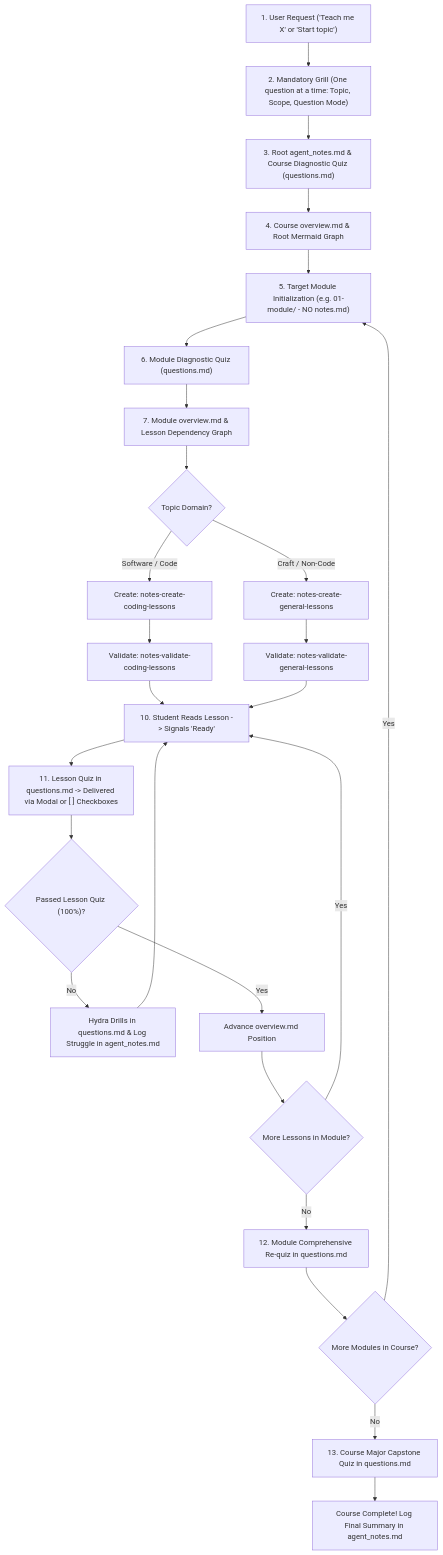
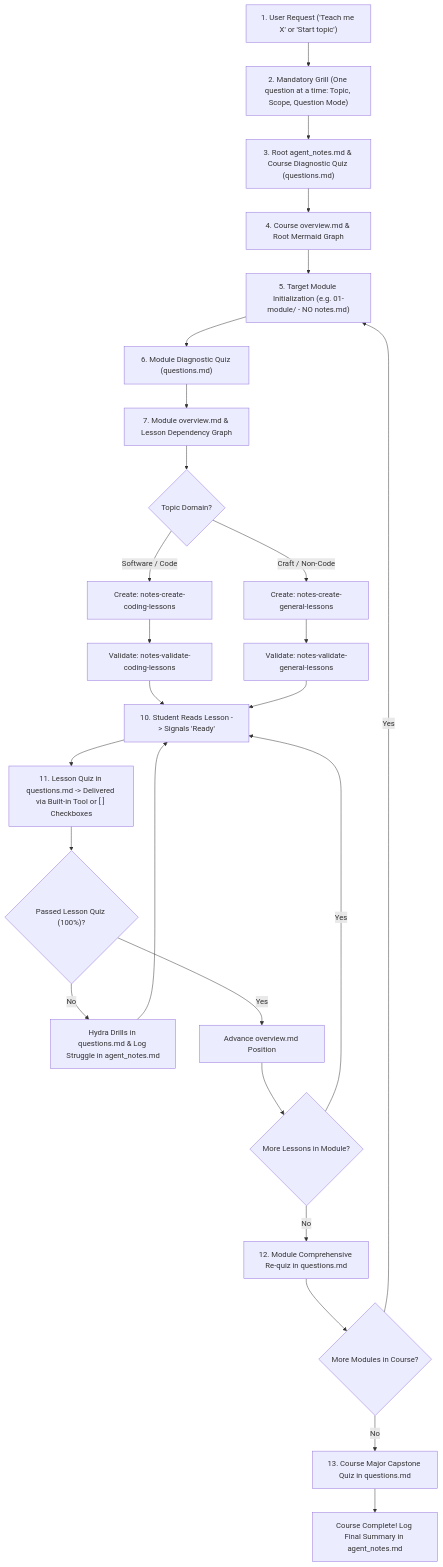
The diagram in notes-start/SKILL.md (asquilatan/notes-skills), drawn with Mermaid before and after one commit. The commit also changed other lines of this file and 3 other files, not shown here.

Commit message:
docs: replace interactive UI modal phrasing with built-in question tool

````diff
--- a/notes-start/SKILL.md
+++ b/notes-start/SKILL.md
@@ -37,28 +37,28 @@
 ```mermaid
 flowchart TD
     A["1. User Request ('Teach me X' or 'Start topic')"] --> B["2. Mandatory Grill (One question at a time: Topic, Scope, Question Mode)"]
     B --> C["3. Root agent_notes.md & Course Diagnostic Quiz (questions.md)"]
     C --> D["4. Course overview.md & Root Mermaid Graph"]
     D --> E["5. Target Module Initialization (e.g. 01-module/ - NO notes.md)"]
     E --> F["6. Module Diagnostic Quiz (questions.md)"]
     F --> G["7. Module overview.md & Lesson Dependency Graph"]
     G --> H{"Topic Domain?"}
     H -- Software / Code --> H1["Create: notes-create-coding-lessons"]
     H -- Craft / Non-Code --> H2["Create: notes-create-general-lessons"]
     H1 --> V1["Validate: notes-validate-coding-lessons"]
     H2 --> V2["Validate: notes-validate-general-lessons"]
     V1 --> J["10. Student Reads Lesson -> Signals 'Ready'"]
     V2 --> J
-    J --> K["11. Lesson Quiz in questions.md -> Delivered via Modal or [ ] Checkboxes"]
+    J --> K["11. Lesson Quiz in questions.md -> Delivered via Built-in Tool or [ ] Checkboxes"]
     K --> L{"Passed Lesson Quiz (100%)?"}
     L -- No --> M["Hydra Drills in questions.md & Log Struggle in agent_notes.md"]
     M --> J
     L -- Yes --> N["Advance overview.md Position"]
     N --> O{"More Lessons in Module?"}
     O -- Yes --> J
     O -- No --> P["12. Module Comprehensive Re-quiz in questions.md"]
     P --> Q{"More Modules in Course?"}
     Q -- Yes --> E
     Q -- No --> R["13. Course Major Capstone Quiz in questions.md"]
     R --> S["Course Complete! Log Final Summary in agent_notes.md"]
 ```
````
